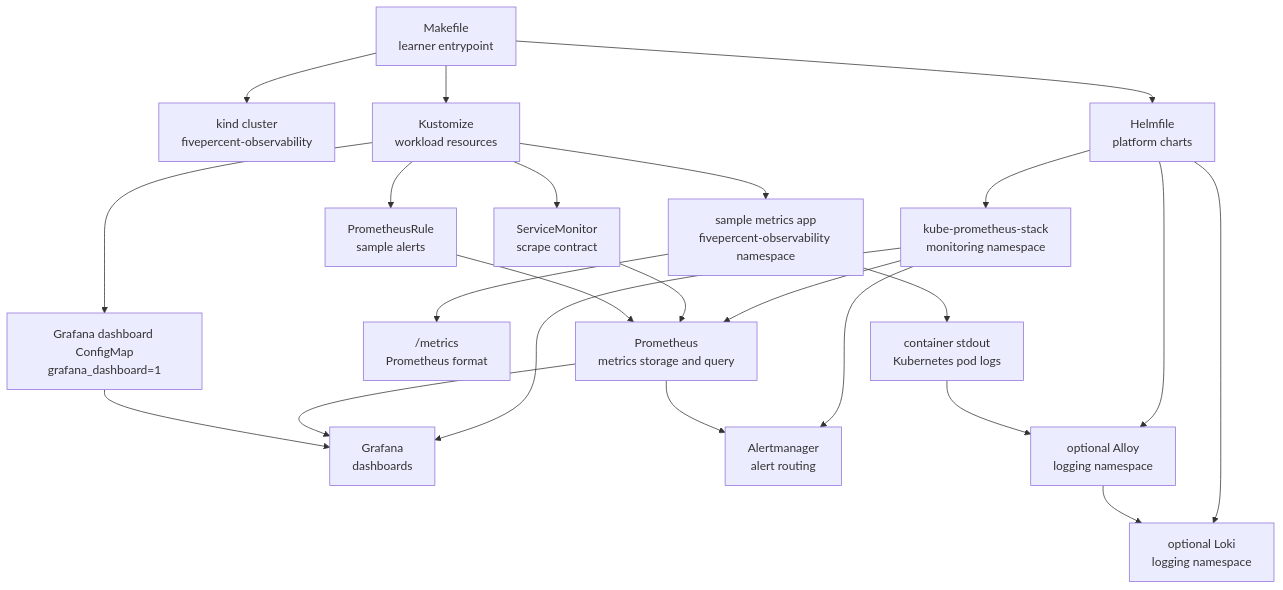
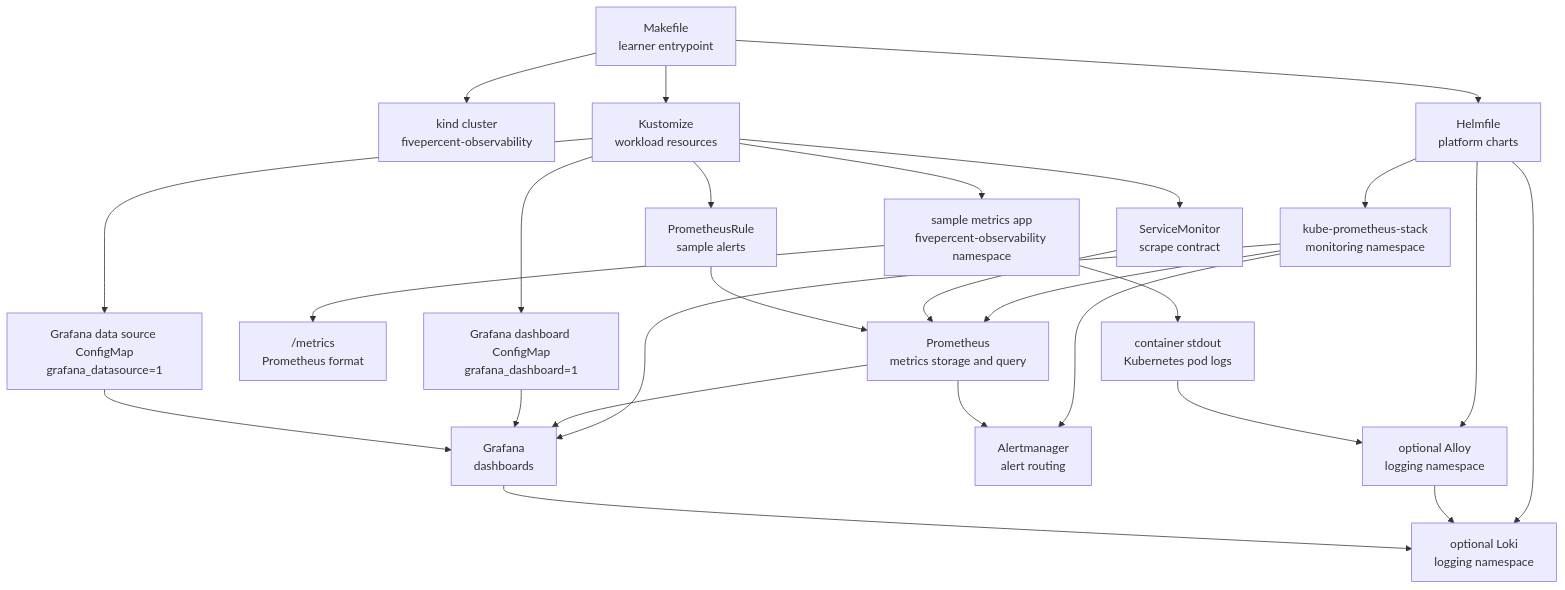
Before and after one commit to AbdulRahmanAlHamali/5percent-observability: the first of 4 diagrams in docs/architecture.md, drawn with Mermaid. The commit also changed other lines of this file and 5 other files, not shown here.

First line of the commit message:
Provision Loki as a Grafana data source

````diff
--- a/docs/architecture.md
+++ b/docs/architecture.md
@@ -11,30 +11,34 @@
 ```mermaid
 flowchart TD
   makefile["Makefile<br>learner entrypoint"] --> kind["kind cluster<br>fivepercent-observability"]
   makefile --> helmfile["Helmfile<br>platform charts"]
   makefile --> kustomize["Kustomize<br>workload resources"]
 
   helmfile --> kps["kube-prometheus-stack<br>monitoring namespace"]
   kps --> prometheus["Prometheus<br>metrics storage and query"]
   kps --> grafana["Grafana<br>dashboards"]
   kps --> alertmanager["Alertmanager<br>alert routing"]
 
   kustomize --> app["sample metrics app<br>fivepercent-observability namespace"]
   app --> metrics["/metrics<br>Prometheus format"]
   kustomize --> serviceMonitor["ServiceMonitor<br>scrape contract"]
   serviceMonitor --> prometheus
   prometheus --> grafana
 
   kustomize --> dashboard["Grafana dashboard ConfigMap<br>grafana_dashboard=1"]
   dashboard --> grafana
 
   kustomize --> rule["PrometheusRule<br>sample alerts"]
   rule --> prometheus
   prometheus --> alertmanager
 
   helmfile --> loki["optional Loki<br>logging namespace"]
   helmfile --> alloy["optional Alloy<br>logging namespace"]
   app --> podlogs["container stdout<br>Kubernetes pod logs"]
   podlogs --> alloy
   alloy --> loki
+
+  kustomize --> lokiDatasource["Grafana data source ConfigMap<br>grafana_datasource=1"]
+  lokiDatasource --> grafana
+  grafana --> loki
 ```
````
